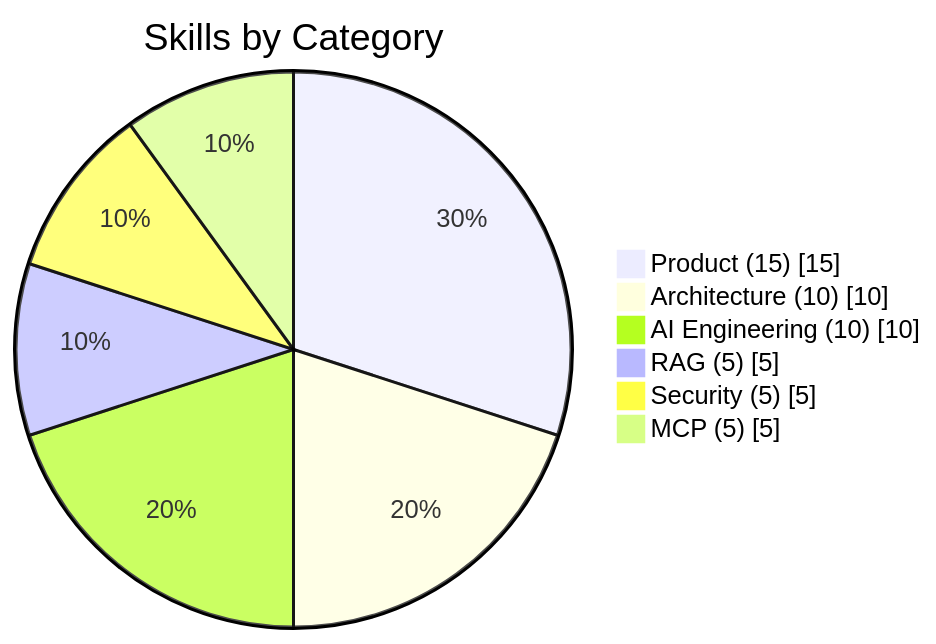
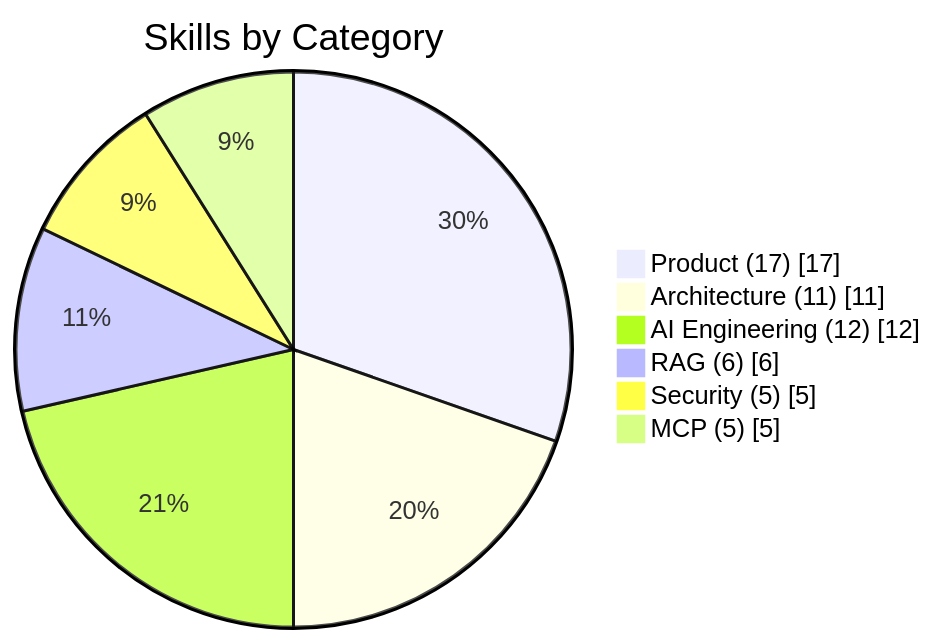
The fourth of 6 diagrams in README.md (patonkikh/APES), drawn with Mermaid before and after one commit. The commit also changed other lines of this file and 19 other files, not shown here.

````diff
--- a/README.md
+++ b/README.md
@@ -140,10 +140,10 @@
 ```mermaid
 pie showData
     title Skills by Category
-    "Product (15)" : 15
-    "Architecture (10)" : 10
-    "AI Engineering (10)" : 10
-    "RAG (5)" : 5
+    "Product (17)" : 17
+    "Architecture (11)" : 11
+    "AI Engineering (12)" : 12
+    "RAG (6)" : 6
     "Security (5)" : 5
     "MCP (5)" : 5
 ```
````
